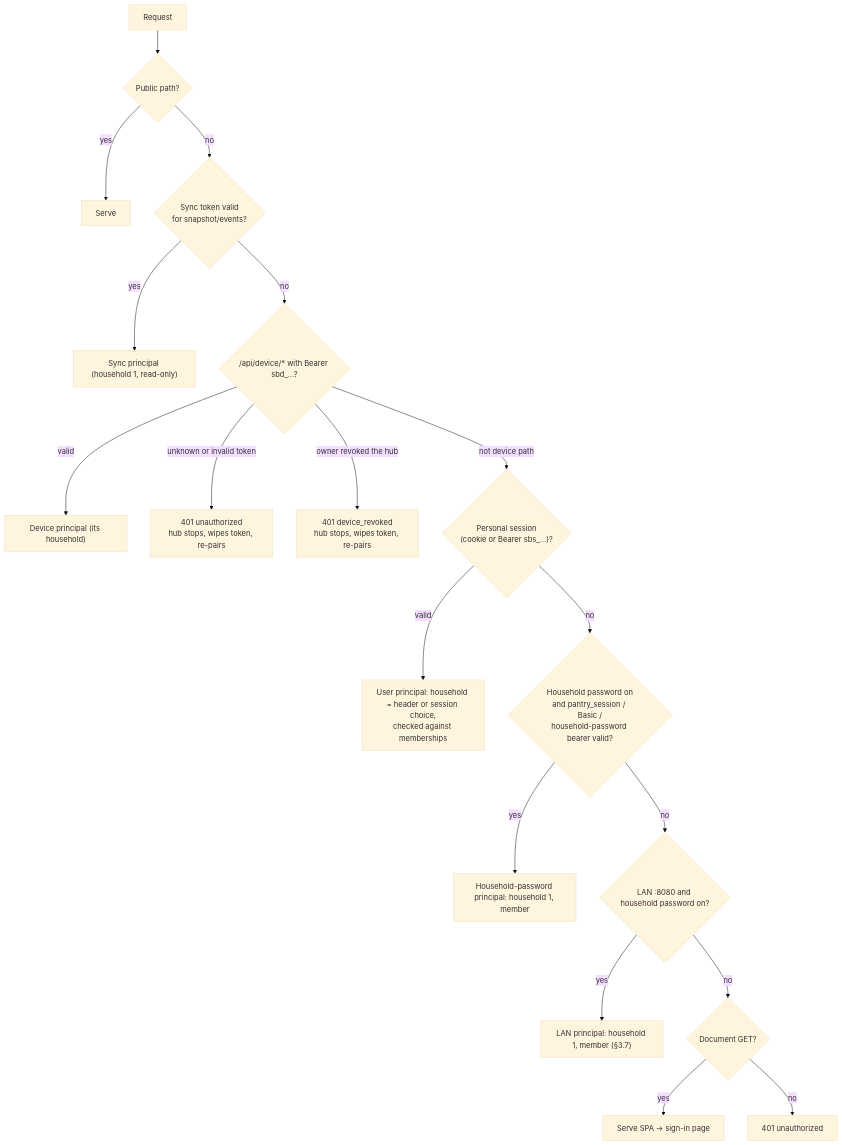
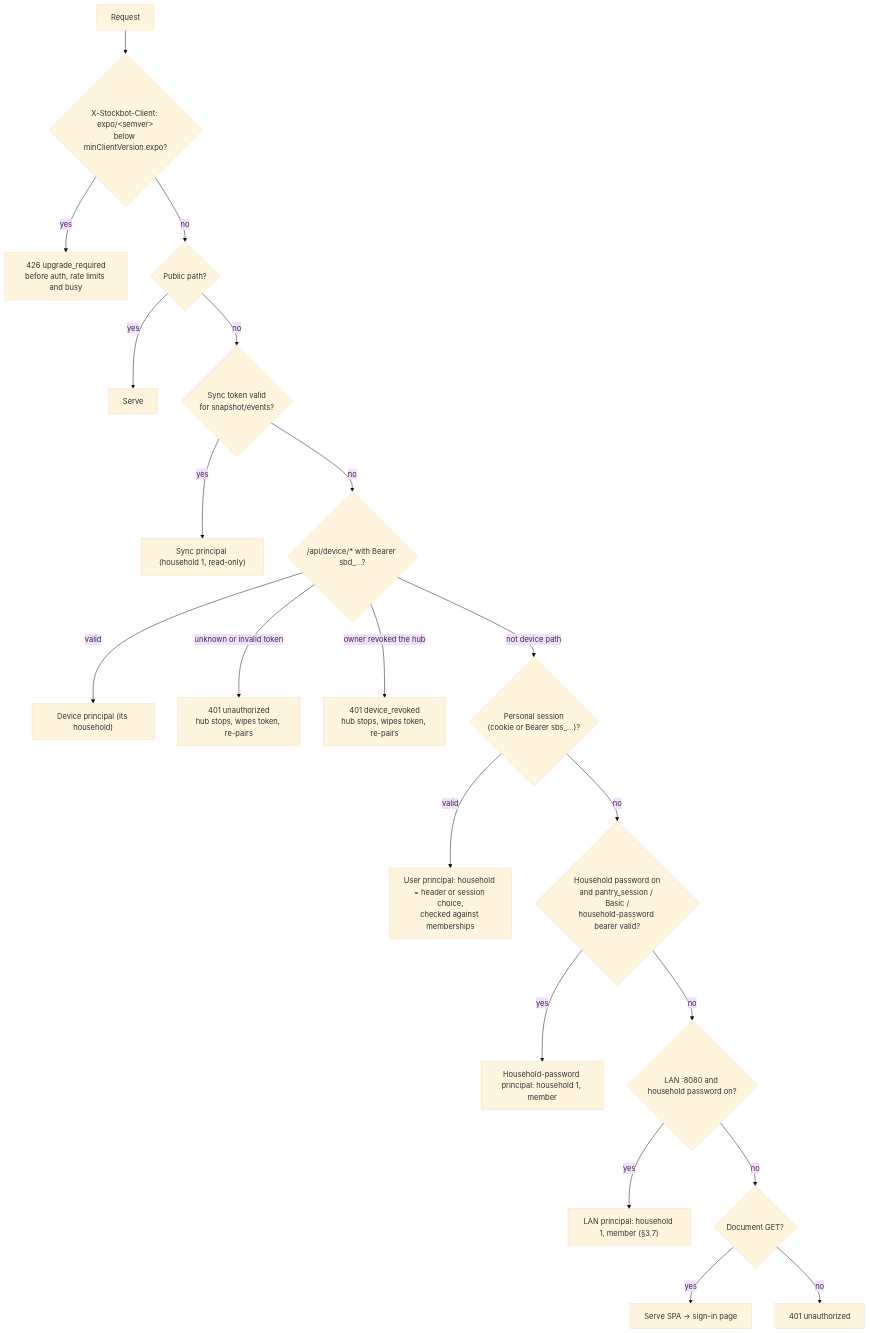
The fourth of 9 diagrams in docs/design/multi-household-staged.md (Rhionin/stockbot), drawn with Mermaid (base theme) before and after one commit. The commit also changed other lines of this file, not shown here.

Commit message:
docs: align staged plan with #364 contract (password fields, /setup, version gate)

````diff
--- a/docs/design/multi-household-staged.md
+++ b/docs/design/multi-household-staged.md
@@ -237,20 +237,22 @@
 ```mermaid
 flowchart TD
-  R[Request] --> P{Public path?}
+  R[Request] --> VG{"X-Stockbot-Client: expo/&lt;semver&gt;<br/>below minClientVersion.expo?"}
+  VG -->|yes| E426["426 upgrade_required<br/>before auth, rate limits and busy"]
+  VG -->|no| P{Public path?}
   P -->|yes| OK[Serve]
   P -->|no| SY{Sync token valid<br/>for snapshot/events?}
   SY -->|yes| SYNC["Sync principal (household 1, read-only)"]
   SY -->|no| DV{"/api/device/* with Bearer sbd_…?"}
   DV -->|valid| DEV["Device principal (its household)"]
   DV -->|unknown or invalid token| E401["401 unauthorized<br/>hub stops, wipes token, re-pairs"]
   DV -->|owner revoked the hub| EREV["401 device_revoked<br/>hub stops, wipes token, re-pairs"]
   DV -->|not device path| PS{"Personal session<br/>(cookie or Bearer sbs_…)?"}
   PS -->|valid| USER["User principal: household = header or session choice,<br/>checked against memberships"]
   PS -->|no| LG{"Household password on<br/>and pantry_session / Basic /<br/>household-password bearer valid?"}
   LG -->|yes| LEG["Household-password principal: household 1, member"]
   LG -->|no| LAN{"LAN :8080 and household password on?"}
   LAN -->|yes| LANP["LAN principal: household 1, member (§3.7)"]
   LAN -->|no| DOC{Document GET?}
   DOC -->|yes| SPA[Serve SPA -> sign-in page]
   DOC -->|no| U401[401 unauthorized]
 ```
````
